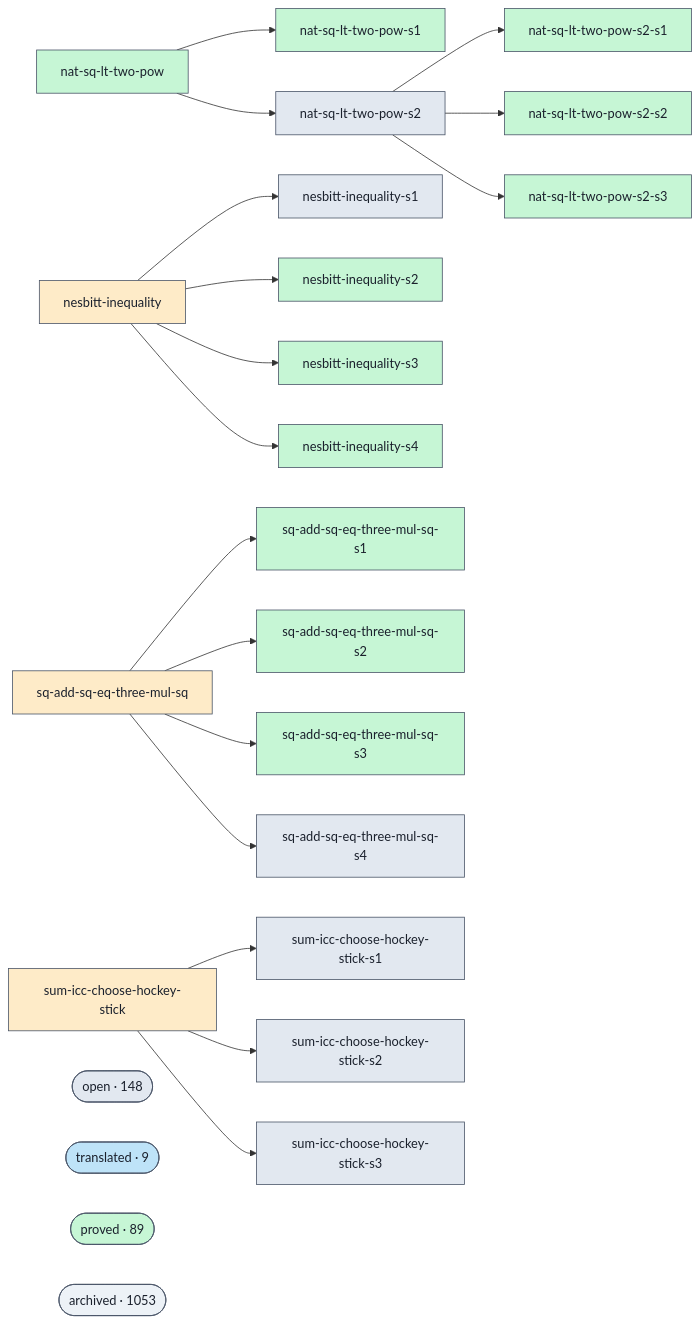
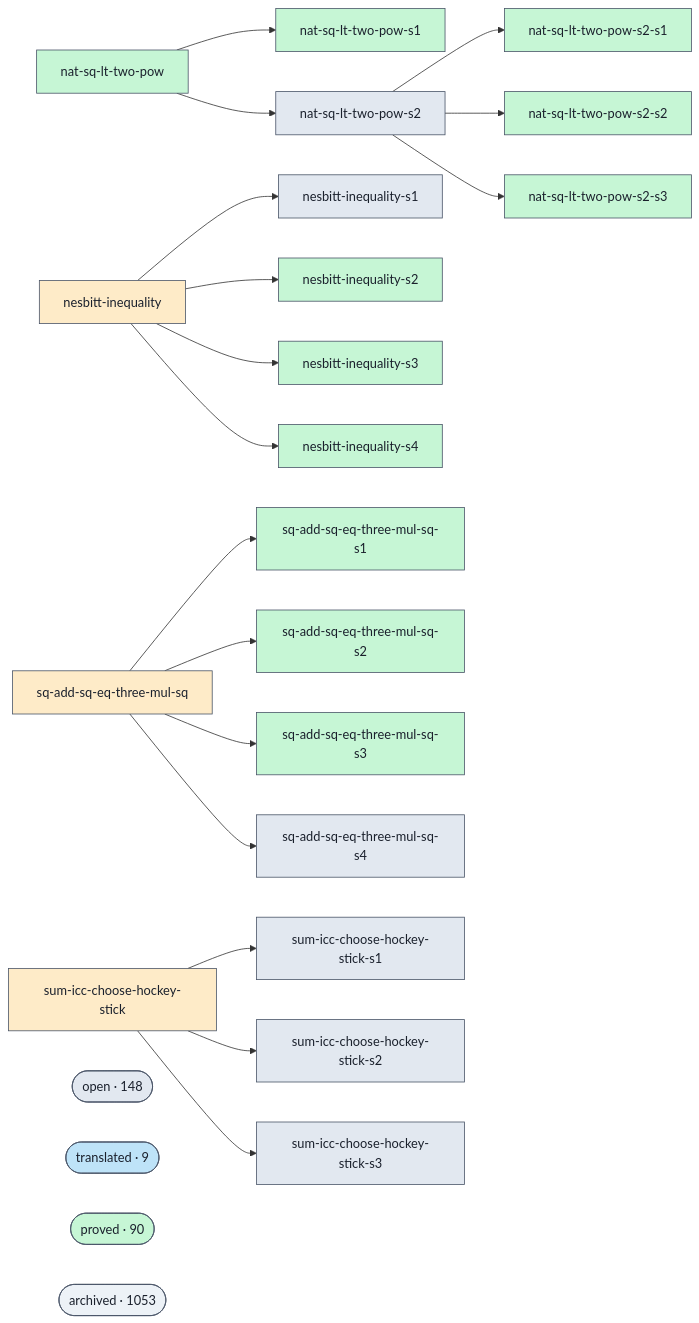
One commit to ohdearquant/unsorry changed the diagram in docs/proofs-contributors-visualisation.md. Above: the diagram before and after it, drawn with Mermaid. The commit also changed other lines of this file and 2 other files, not shown here.

```diff
--- a/docs/proofs-contributors-visualisation.md
+++ b/docs/proofs-contributors-visualisation.md
@@ -102,7 +102,7 @@
   class cluster_open open;
   cluster_translated(["translated · 9"])
   class cluster_translated translated;
-  cluster_proved(["proved · 89"])
+  cluster_proved(["proved · 90"])
   class cluster_proved proved;
   cluster_archived(["archived · 1053"])
   class cluster_archived unknown;
```
